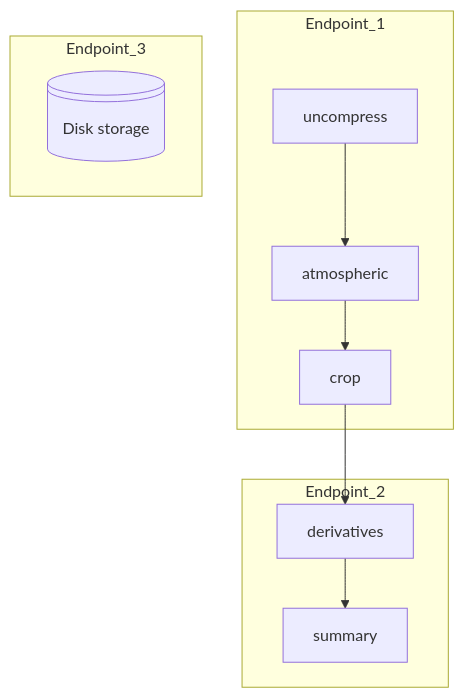
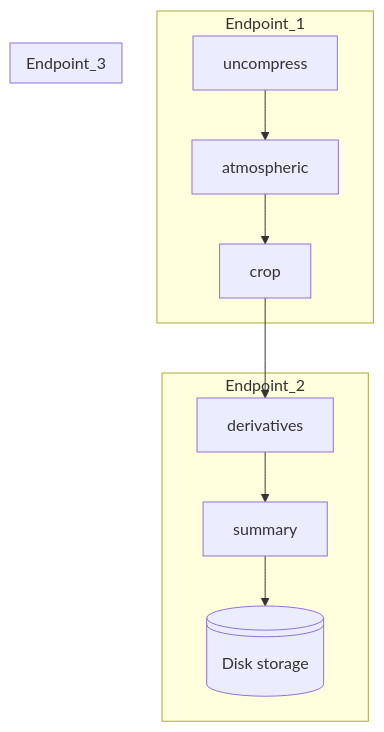
The diagram in README.md (ddomizzisg/Landsat8Processing), drawn with Mermaid before and after one commit.

````diff
--- a/README.md
+++ b/README.md
@@ -23,14 +23,15 @@
 ```mermaid
 flowchart TD
     subgraph Endpoint_1
     uncompress-->atmospheric
     atmospheric-->crop
     end
     subgraph Endpoint_2
     crop-->derivatives
     derivatives-->summary
+    summary-->A
     end
     subgraph Endpoint_3
     A@{ shape: lin-cyl, label: "Disk storage" }
     end
 ```
````
